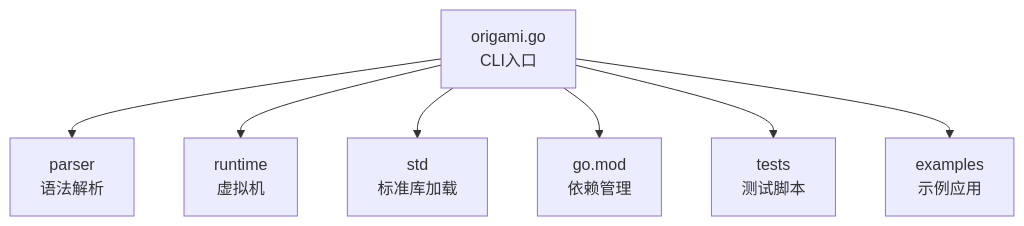
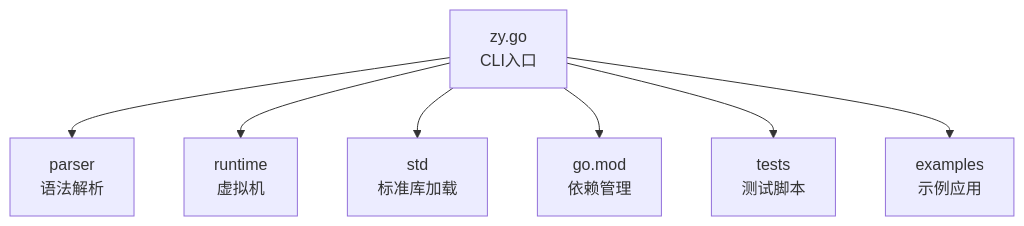
One commit to php-any/origami changed the first of 3 diagrams in .qoder/repowiki/zh/content/快速开始.md. Above: the diagram before and after it, drawn with Mermaid. The commit also changed other lines of this file and 21 other files, not shown here.

````diff
--- a/.qoder/repowiki/zh/content/快速开始.md
+++ b/.qoder/repowiki/zh/content/快速开始.md
@@ -50,9 +50,9 @@
 ```mermaid
 graph TB
-A["origami.go<br/>CLI入口"] --> B["parser<br/>语法解析"]
+A["zy.go<br/>CLI入口"] --> B["parser<br/>语法解析"]
 A --> C["runtime<br/>虚拟机"]
 A --> D["std<br/>标准库加载"]
 A --> E["go.mod<br/>依赖管理"]
 A --> F["tests<br/>测试脚本"]
 A --> G["examples<br/>示例应用"]
 ```
````
